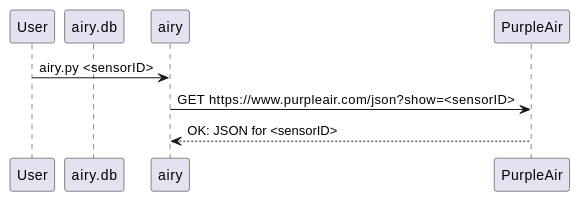
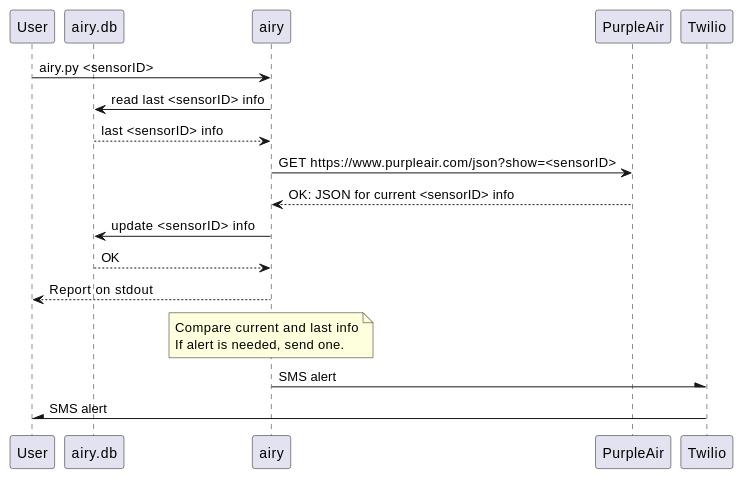
The diagram in doc/airy-architecture.org (kickingvegas/airy), drawn with PlantUML before and after one commit. The commit also changed 2 other files, not shown here.

Commit message:
More edits

```diff
--- a/doc/airy-architecture.org
+++ b/doc/airy-architecture.org
@@ -1,11 +1,25 @@
 #+BEGIN_SRC plantuml :file images/airy-architecture.png
 participant User
 participant "airy.db" as db
 participant airy
 participant PurpleAir
+participant Twilio
 
 User -> airy: airy.py <sensorID>
+db <- airy: read last <sensorID> info
+db --> airy: last <sensorID> info
 airy -> PurpleAir: GET https://www.purpleair.com/json?show=<sensorID>
-airy <-- PurpleAir: OK: JSON for <sensorID>
+airy <-- PurpleAir: OK: JSON for current <sensorID> info
+db <- airy: update <sensorID> info
+db --> airy: OK
+User <-- airy: Report on stdout
+
+note over airy: Compare current and last info\nIf alert is needed, send one.
+
+airy -\ Twilio: SMS alert
+User /- Twilio: SMS alert
+
+
+
 
 #+END_SRC
```
